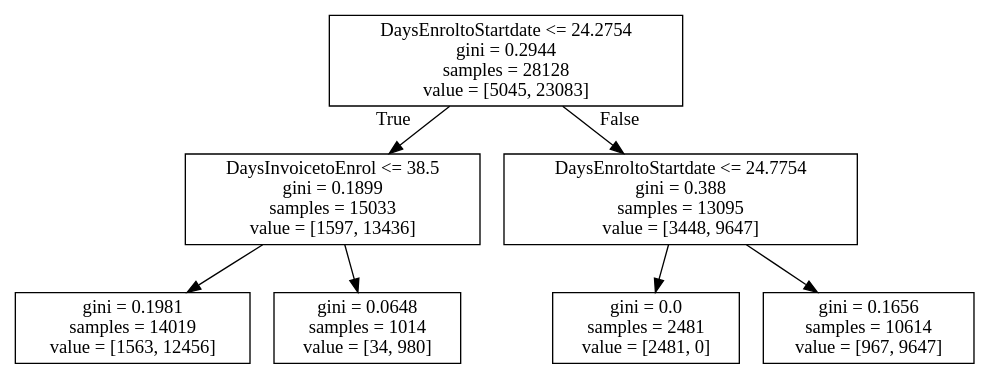
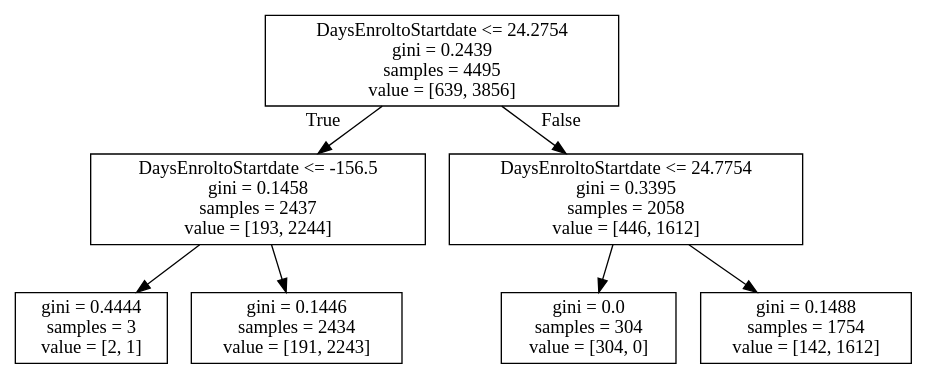
One commit to mikaelasquirchuk/dat8syd-project changed the diagram in decisiontree.dot. Above: the diagram before and after it, drawn with Graphviz. The commit also changed 2 other files, not shown here.

```diff
--- a/decisiontree.dot
+++ b/decisiontree.dot
@@ -1,16 +1,16 @@
 digraph Tree {
 node [shape=box] ;
-0 [label="DaysEnroltoStartdate <= 24.2754\ngini = 0.2944\nsamples = 28128\nvalue = [5045, 23083]"] ;
-1 [label="DaysInvoicetoEnrol <= 38.5\ngini = 0.1899\nsamples = 15033\nvalue = [1597, 13436]"] ;
+0 [label="DaysEnroltoStartdate <= 24.2754\ngini = 0.2439\nsamples = 4495\nvalue = [639, 3856]"] ;
+1 [label="DaysEnroltoStartdate <= -156.5\ngini = 0.1458\nsamples = 2437\nvalue = [193, 2244]"] ;
 0 -> 1 [labeldistance=2.5, labelangle=45, headlabel="True"] ;
-2 [label="gini = 0.1981\nsamples = 14019\nvalue = [1563, 12456]"] ;
+2 [label="gini = 0.4444\nsamples = 3\nvalue = [2, 1]"] ;
 1 -> 2 ;
-3 [label="gini = 0.0648\nsamples = 1014\nvalue = [34, 980]"] ;
+3 [label="gini = 0.1446\nsamples = 2434\nvalue = [191, 2243]"] ;
 1 -> 3 ;
-4 [label="DaysEnroltoStartdate <= 24.7754\ngini = 0.388\nsamples = 13095\nvalue = [3448, 9647]"] ;
+4 [label="DaysEnroltoStartdate <= 24.7754\ngini = 0.3395\nsamples = 2058\nvalue = [446, 1612]"] ;
 0 -> 4 [labeldistance=2.5, labelangle=-45, headlabel="False"] ;
-5 [label="gini = 0.0\nsamples = 2481\nvalue = [2481, 0]"] ;
+5 [label="gini = 0.0\nsamples = 304\nvalue = [304, 0]"] ;
 4 -> 5 ;
-6 [label="gini = 0.1656\nsamples = 10614\nvalue = [967, 9647]"] ;
+6 [label="gini = 0.1488\nsamples = 1754\nvalue = [142, 1612]"] ;
 4 -> 6 ;
 }
```
